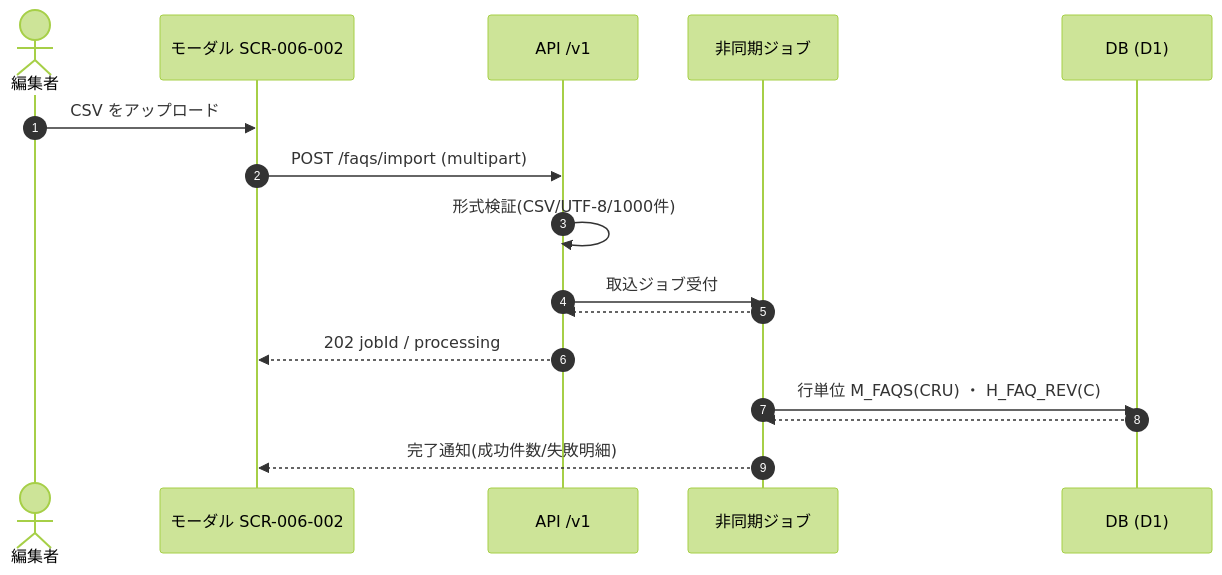
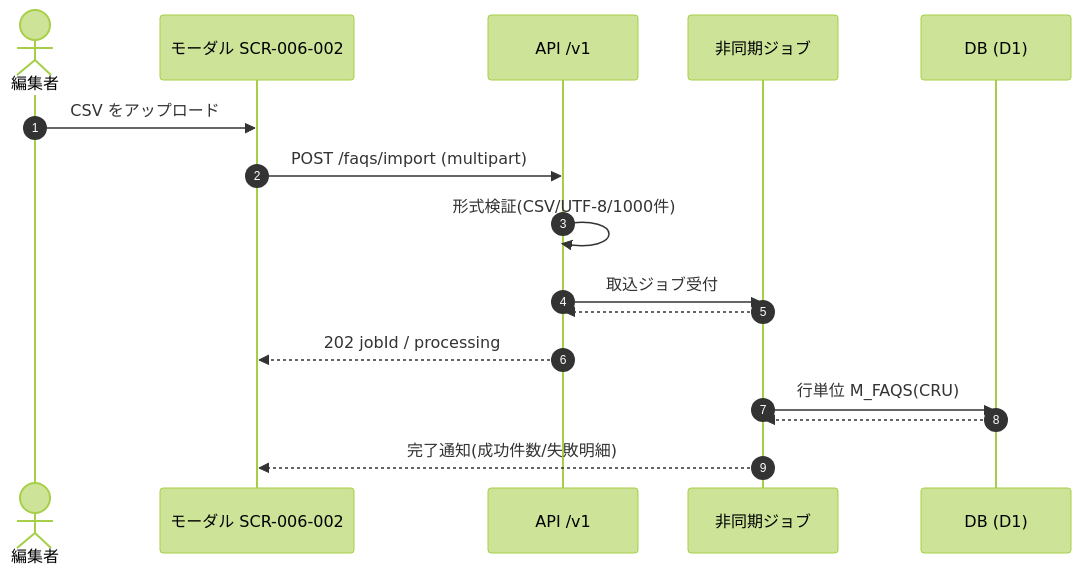
Before and after one commit to sikakou54/open-faq: the sixth of 10 diagrams in 02_basic-design/04_usecase-design.md, drawn with Mermaid (forest theme). The commit also changed other lines of this file and 12 other files, not shown here.

First line of the commit message:
FAQ改訂履歴機能(H_FAQ_REV)を全層から削除

````diff
--- a/02_basic-design/04_usecase-design.md
+++ b/02_basic-design/04_usecase-design.md
@@ -279,18 +279,18 @@
 ```mermaid
 sequenceDiagram
   autonumber
   actor M as 編集者
   participant SM as モーダル SCR-006-002
   participant API as API /v1
   participant Q as 非同期ジョブ
   participant DB as DB (D1)
   M->>SM: CSV をアップロード
   SM->>API: POST /faqs/import (multipart)
   API->>API: 形式検証(CSV/UTF-8/1000件)
   API->>Q: 取込ジョブ受付
   Q-->>API: 
   API-->>SM: 202 jobId / processing
-  Q->>DB: 行単位 M_FAQS(CRU) ・ H_FAQ_REV(C)
+  Q->>DB: 行単位 M_FAQS(CRU)
   DB-->>Q: 
   Q-->>SM: 完了通知(成功件数/失敗明細)
 ```
````
